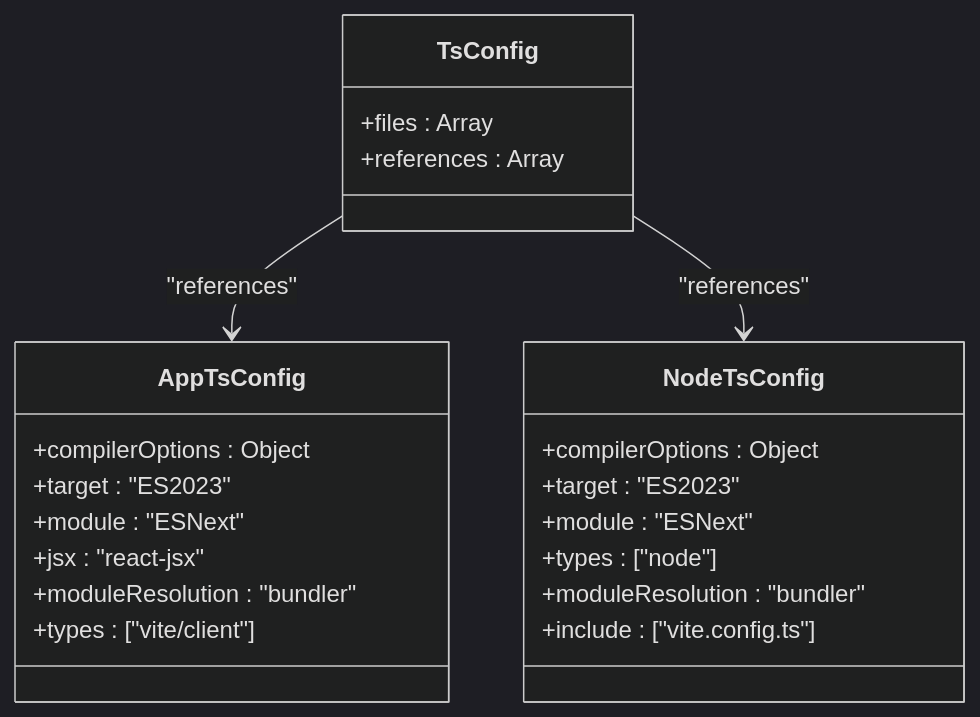
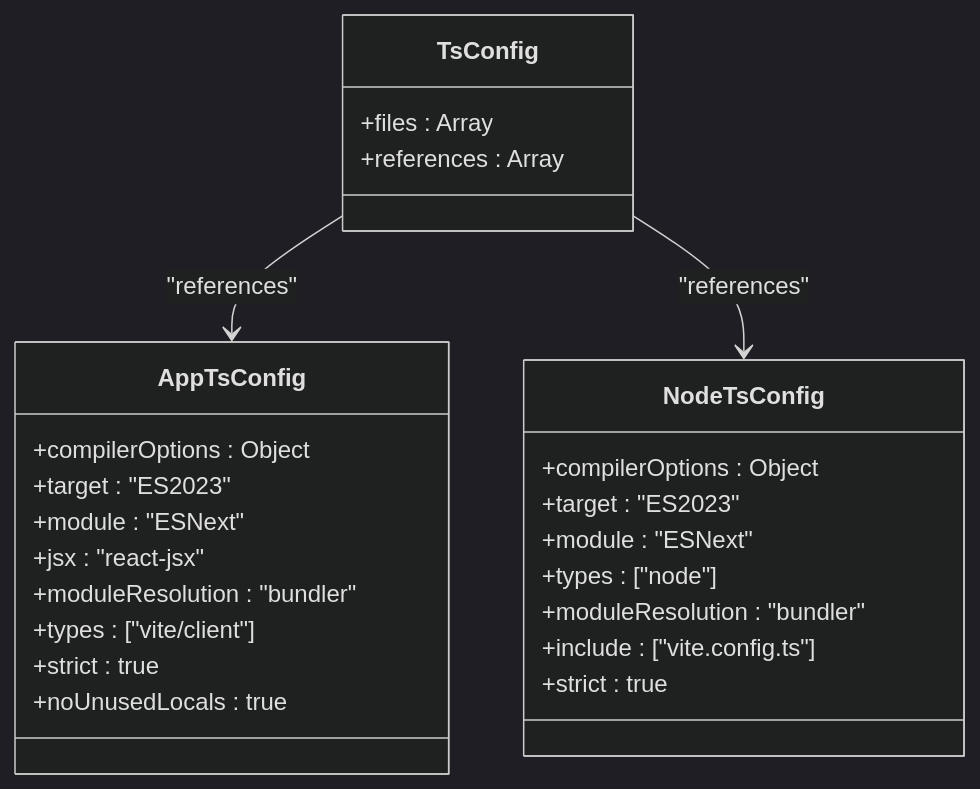
Before and after one commit to xianjianshenqu/SalesFlow-CRM: the third of 11 diagrams in .qoder/repowiki/zh/content/开发指南/Vite构建配置.md, drawn with Mermaid (dark theme). The commit also changed other lines of this file and 17 other files, not shown here.

````diff
--- a/.qoder/repowiki/zh/content/开发指南/Vite构建配置.md
+++ b/.qoder/repowiki/zh/content/开发指南/Vite构建配置.md
@@ -108,25 +129,28 @@
 ```mermaid
 classDiagram
 class TsConfig {
 +files : Array
 +references : Array
 }
 class AppTsConfig {
 +compilerOptions : Object
 +target : "ES2023"
 +module : "ESNext"
 +jsx : "react-jsx"
 +moduleResolution : "bundler"
 +types : ["vite/client"]
++strict : true
++noUnusedLocals : true
 }
 class NodeTsConfig {
 +compilerOptions : Object
 +target : "ES2023"
 +module : "ESNext"
 +types : ["node"]
 +moduleResolution : "bundler"
 +include : ["vite.config.ts"]
++strict : true
 }
 TsConfig --> AppTsConfig : "references"
 TsConfig --> NodeTsConfig : "references"
 ```
````
